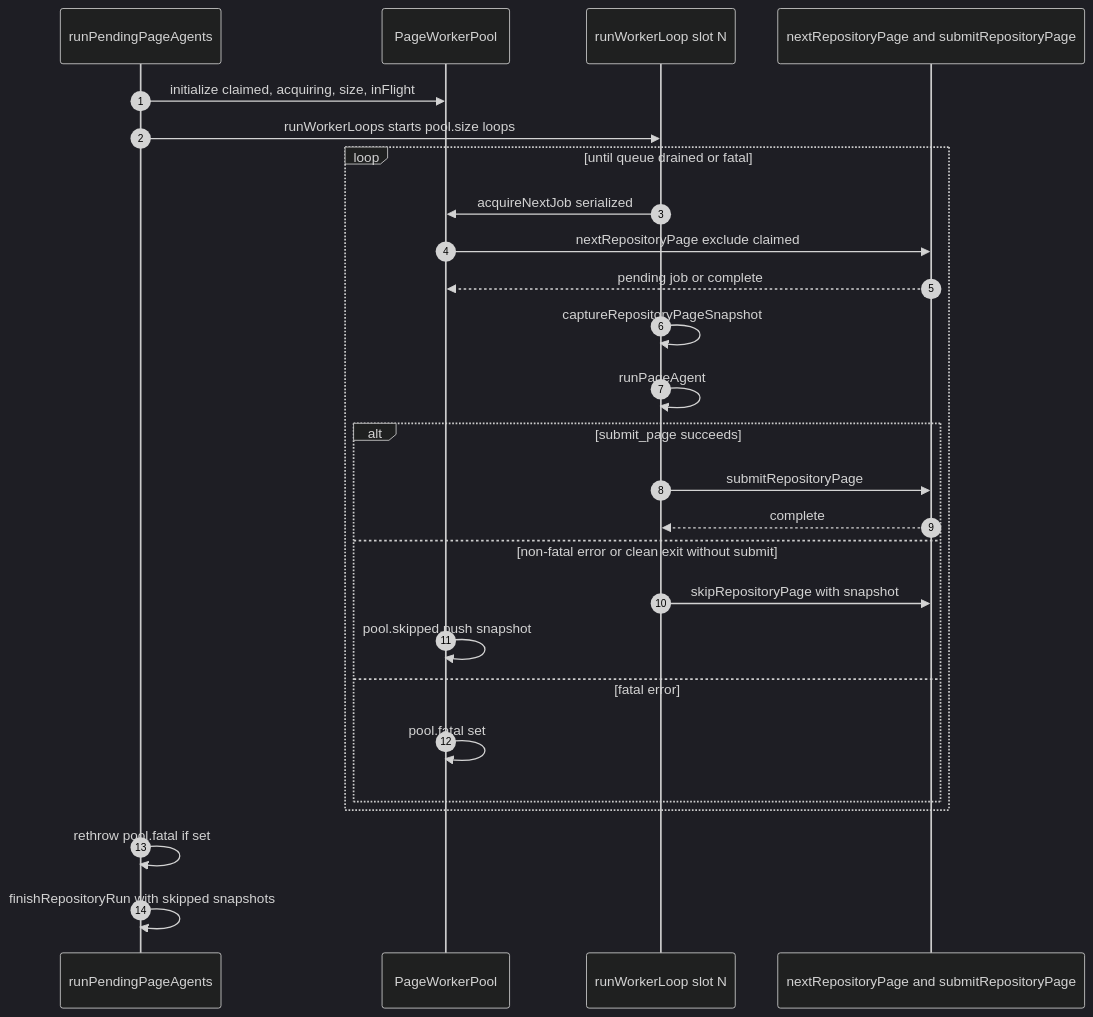
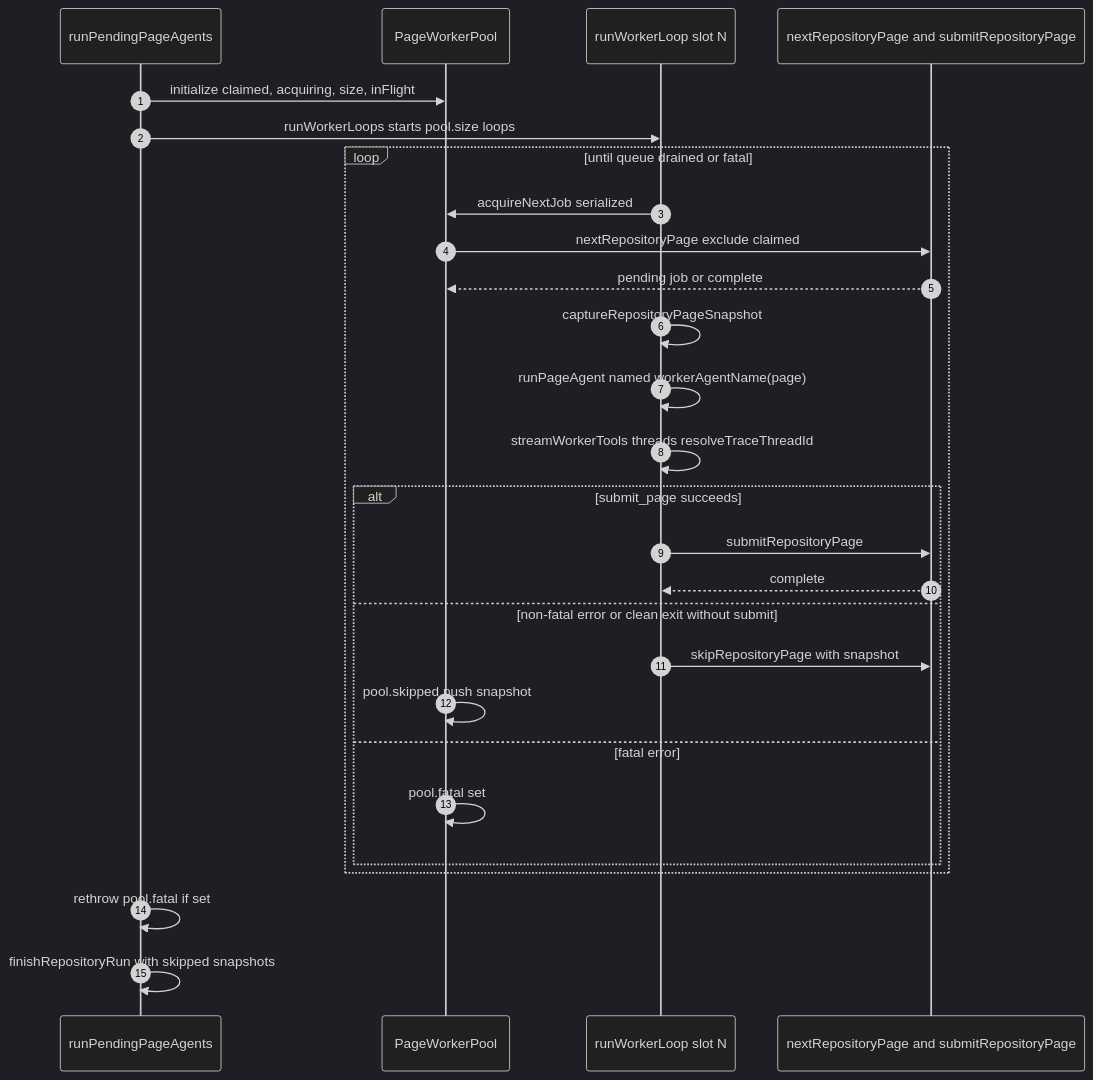
Before and after one commit to langchain-ai/openwiki: the second of 3 diagrams in openwiki/workflows/repository-generation.md, drawn with Mermaid (dark theme). The commit also changed other lines of this file and 15 other files, not shown here.

````diff
--- a/openwiki/workflows/repository-generation.md
+++ b/openwiki/workflows/repository-generation.md
@@ -565,28 +567,29 @@
 ```mermaid
 sequenceDiagram
     autonumber
     participant Runner as runPendingPageAgents
     participant Pool as PageWorkerPool
     participant Worker as runWorkerLoop slot N
     participant Core as nextRepositoryPage and submitRepositoryPage
     Runner ->> Pool: initialize claimed, acquiring, size, inFlight
     Runner ->> Worker: runWorkerLoops starts pool.size loops
     loop until queue drained or fatal
         Worker ->> Pool: acquireNextJob serialized
         Pool ->> Core: nextRepositoryPage exclude claimed
         Core -->> Pool: pending job or complete
         Worker ->> Worker: captureRepositoryPageSnapshot
-        Worker ->> Worker: runPageAgent
+        Worker ->> Worker: runPageAgent named workerAgentName(page)
+        Worker ->> Worker: streamWorkerTools threads resolveTraceThreadId
         alt submit_page succeeds
             Worker ->> Core: submitRepositoryPage
             Core -->> Worker: complete
         else non-fatal error or clean exit without submit
             Worker ->> Core: skipRepositoryPage with snapshot
             Pool ->> Pool: pool.skipped.push snapshot
         else fatal error
             Pool ->> Pool: pool.fatal set
         end
     end
     Runner ->> Runner: rethrow pool.fatal if set
     Runner ->> Runner: finishRepositoryRun with skipped snapshots
 ```
````
